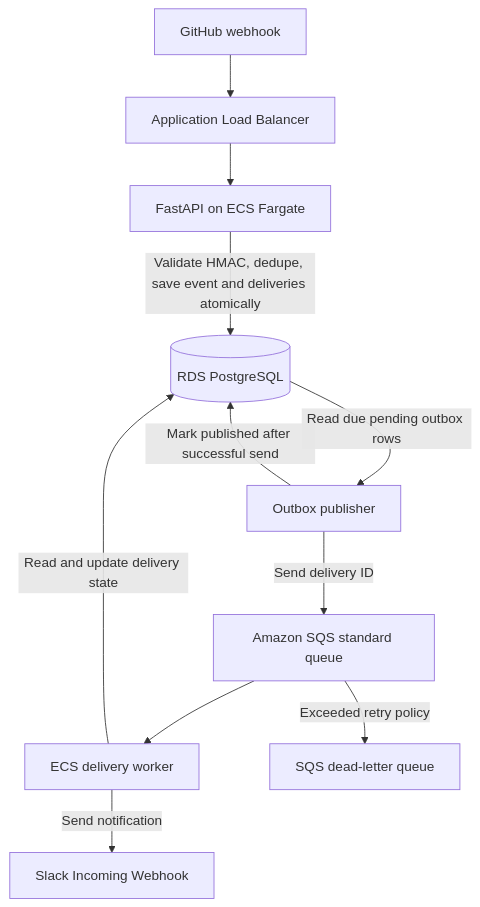
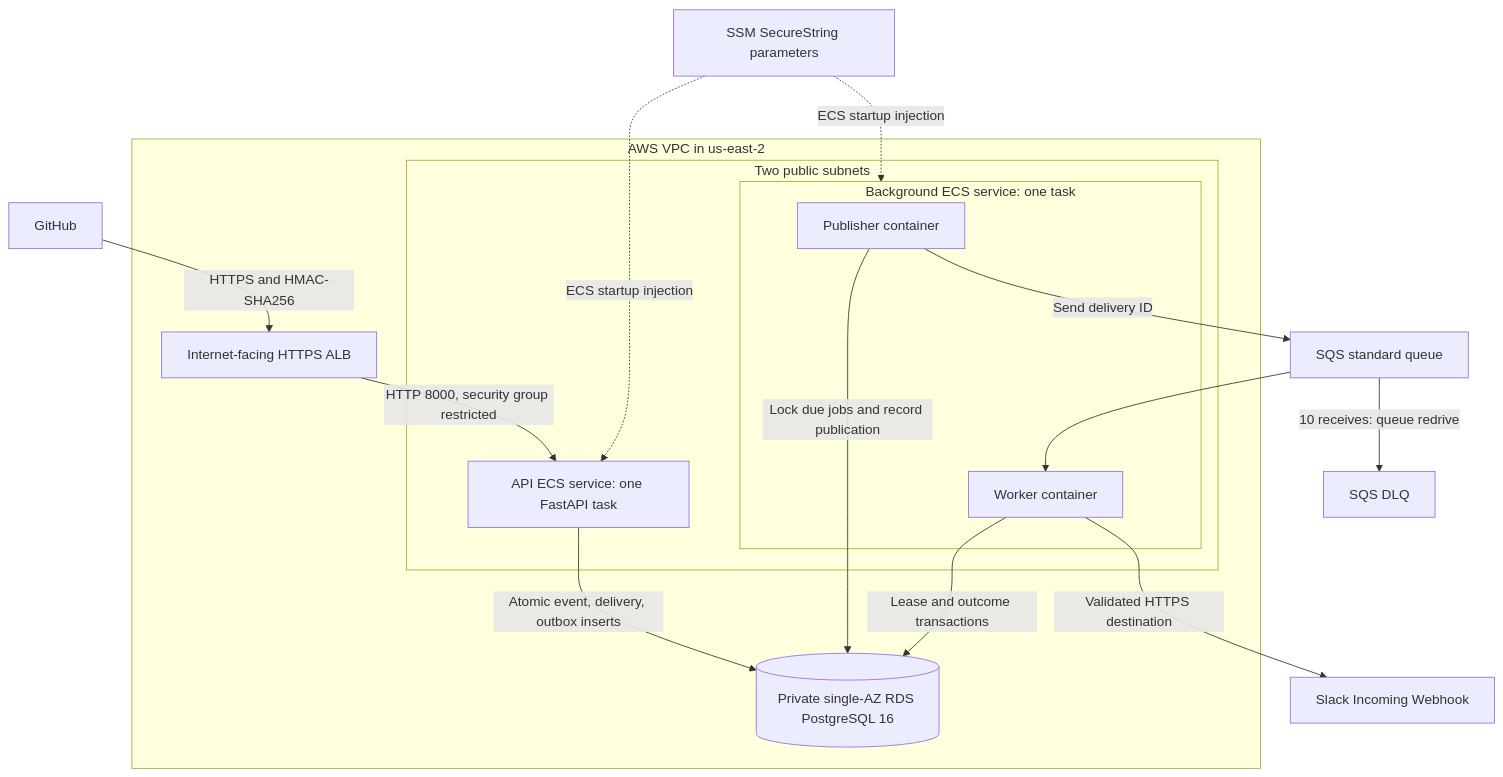
The diagram in docs/architecture.md (Viswabharathi-K-A/GitHub-Webhook-Processing-Platform), drawn with Mermaid before and after one commit. The commit also changed other lines of this file and 7 other files, not shown here.

Commit message:
Document verified AWS demo, architecture and screenshot evidence

````diff
--- a/docs/architecture.md
+++ b/docs/architecture.md
@@ -15,13 +13,25 @@
 ```mermaid
 flowchart TD
-    GH[GitHub webhook] --> ALB[Application Load Balancer]
-    ALB --> API[FastAPI on ECS Fargate]
-    API -->|Validate HMAC, dedupe, save event and deliveries atomically| DB[(RDS PostgreSQL)]
-    DB -->|Read due pending outbox rows| PUB[Outbox publisher]
-    PUB -->|Send delivery ID| SQS[Amazon SQS standard queue]
-    SQS --> WORKER[ECS delivery worker]
-    WORKER -->|Send notification| SLACK[Slack Incoming Webhook]
-    WORKER -->|Read and update delivery state| DB
-    SQS -->|Exceeded retry policy| DLQ[SQS dead-letter queue]
-    PUB -->|Mark published after successful send| DB
+    GH[GitHub] -->|HTTPS and HMAC-SHA256| ALB[Internet-facing HTTPS ALB]
+    subgraph VPC[AWS VPC in us-east-2]
+        ALB
+        subgraph PUBLIC[Two public subnets]
+            API[API ECS service: one FastAPI task]
+            subgraph BG[Background ECS service: one task]
+                PUB[Publisher container]
+                WORK[Worker container]
+            end
+        end
+        DB[(Private single-AZ RDS PostgreSQL 16)]
+    end
+    ALB -->|HTTP 8000, security group restricted| API
+    API -->|Atomic event, delivery, outbox inserts| DB
+    PUB -->|Lock due jobs and record publication| DB
+    PUB -->|Send delivery ID| Q[SQS standard queue]
+    Q --> WORK
+    WORK -->|Lease and outcome transactions| DB
+    WORK -->|Validated HTTPS destination| SLACK[Slack Incoming Webhook]
+    Q -->|10 receives: queue redrive| DLQ[SQS DLQ]
+    SSM[SSM SecureString parameters] -.->|ECS startup injection| API
+    SSM -.->|ECS startup injection| BG
 ```
````
